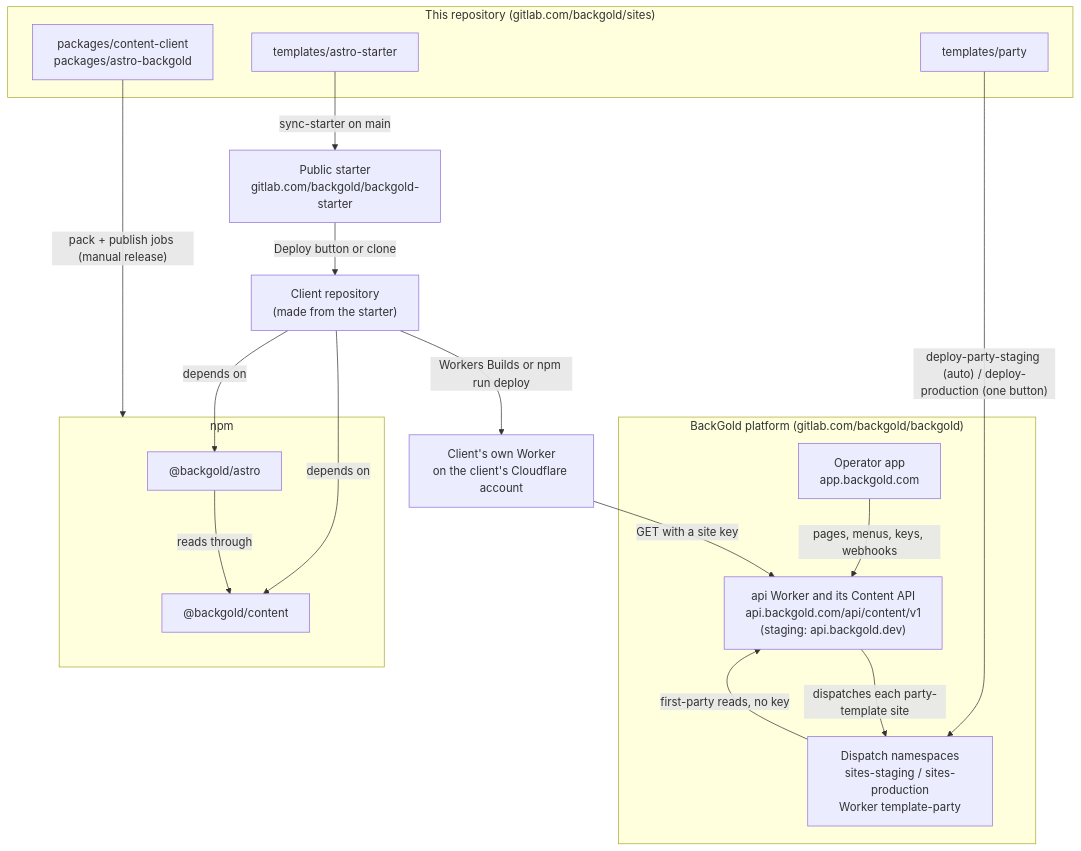
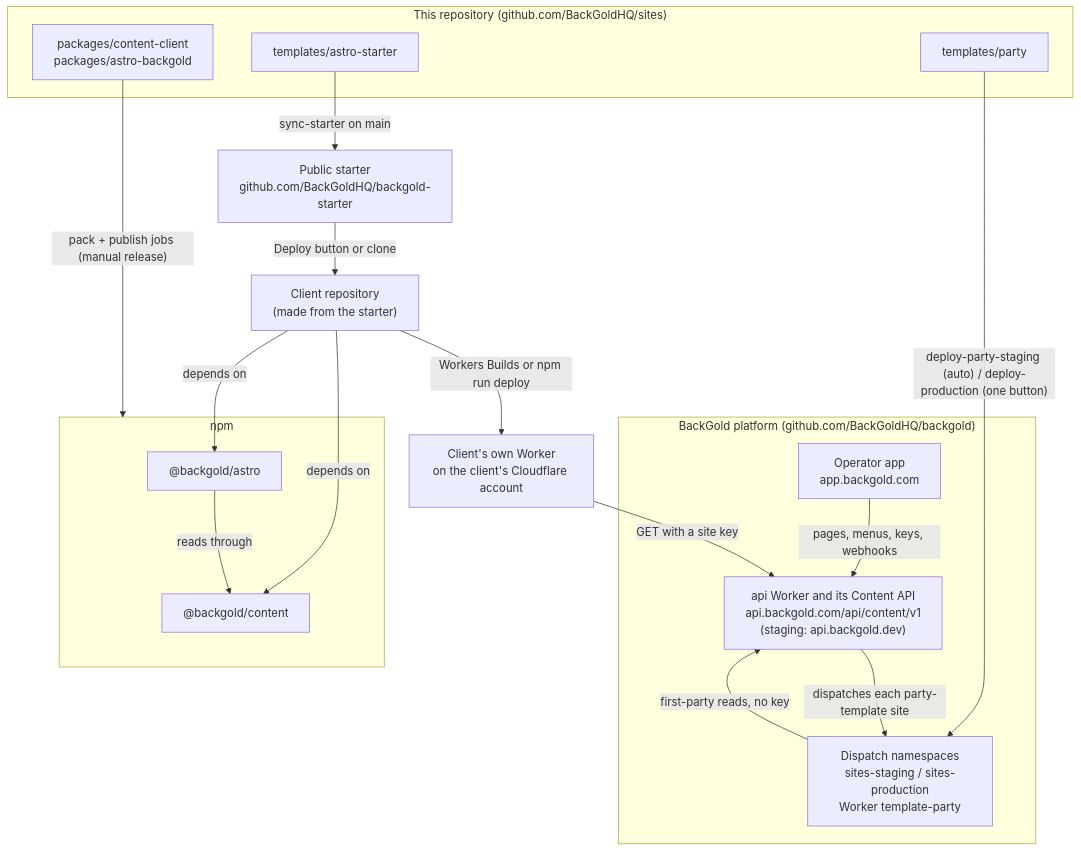
One commit to BackGoldHQ/sites changed the diagram in docs/CLIENT-SITES.md. Above: the diagram before and after it, drawn with Mermaid. The commit also changed other lines of this file and 26 other files, not shown here.

````diff
--- a/docs/CLIENT-SITES.md
+++ b/docs/CLIENT-SITES.md
@@ -42,33 +42,33 @@
 ```mermaid
 flowchart TB
-  subgraph platform["BackGold platform (gitlab.com/backgold/backgold)"]
+  subgraph platform["BackGold platform (github.com/BackGoldHQ/backgold)"]
     app["Operator app<br/>app.backgold.com"]
     api["api Worker and its Content API<br/>api.backgold.com/api/content/v1<br/>(staging: api.backgold.dev)"]
     wfp["Dispatch namespaces<br/>sites-staging / sites-production<br/>Worker template-party"]
   end
-  subgraph sites["This repository (gitlab.com/backgold/sites)"]
+  subgraph sites["This repository (github.com/BackGoldHQ/sites)"]
     pkgs["packages/content-client<br/>packages/astro-backgold"]
     party["templates/party"]
     starterSrc["templates/astro-starter"]
   end
   subgraph npm["npm"]
     content["@backgold/content"]
     astro["@backgold/astro"]
   end
-  starterRepo["Public starter<br/>gitlab.com/backgold/backgold-starter"]
+  starterRepo["Public starter<br/>github.com/BackGoldHQ/backgold-starter"]
   client["Client repository<br/>(made from the starter)"]
   clientWorker["Client's own Worker<br/>on the client's Cloudflare account"]
 
   app -->|"pages, menus, keys, webhooks"| api
   pkgs -->|"pack + publish jobs (manual release)"| npm
   starterSrc -->|"sync-starter on main"| starterRepo
   starterRepo -->|"Deploy button or clone"| client
   client -->|"depends on"| astro
   client -->|"depends on"| content
   astro -->|"reads through"| content
   client -->|"Workers Builds or npm run deploy"| clientWorker
   clientWorker -->|"GET with a site key"| api
   party -->|"deploy-party-staging (auto) / deploy-production (one button)"| wfp
   api -->|"dispatches each party-template site"| wfp
   wfp -->|"first-party reads, no key"| api
 ```
````
